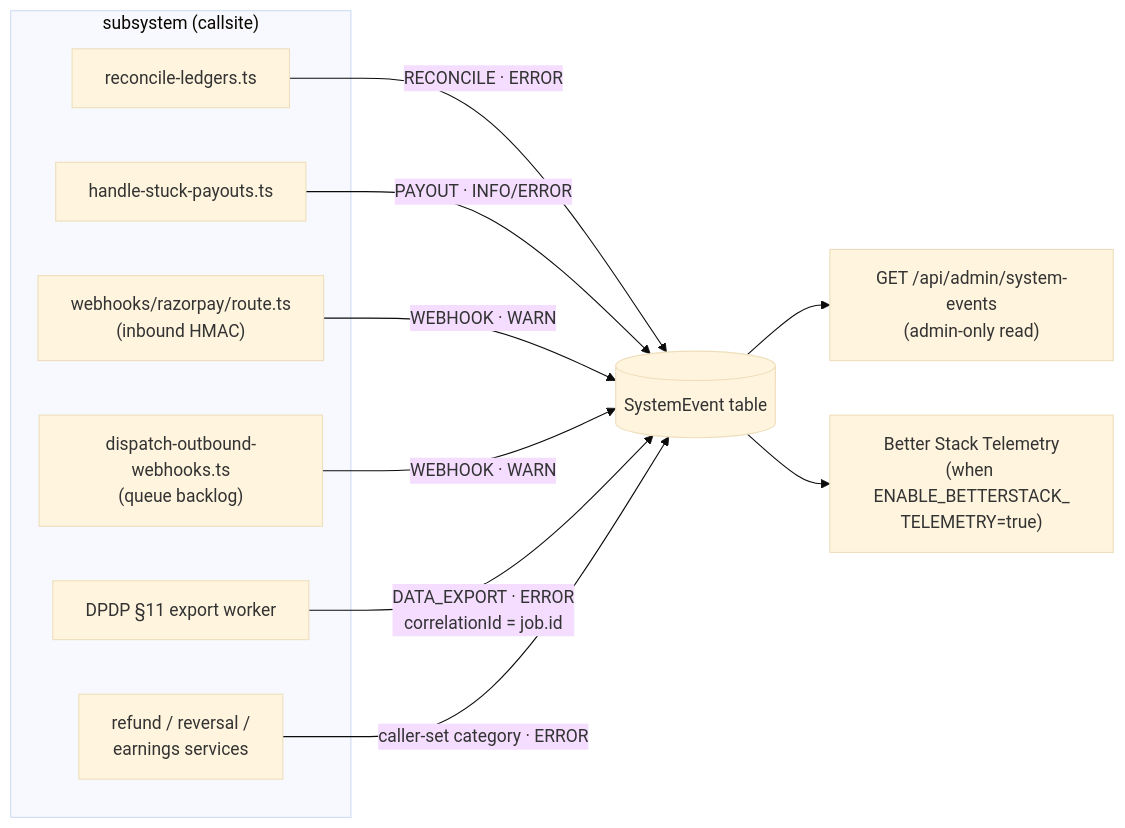
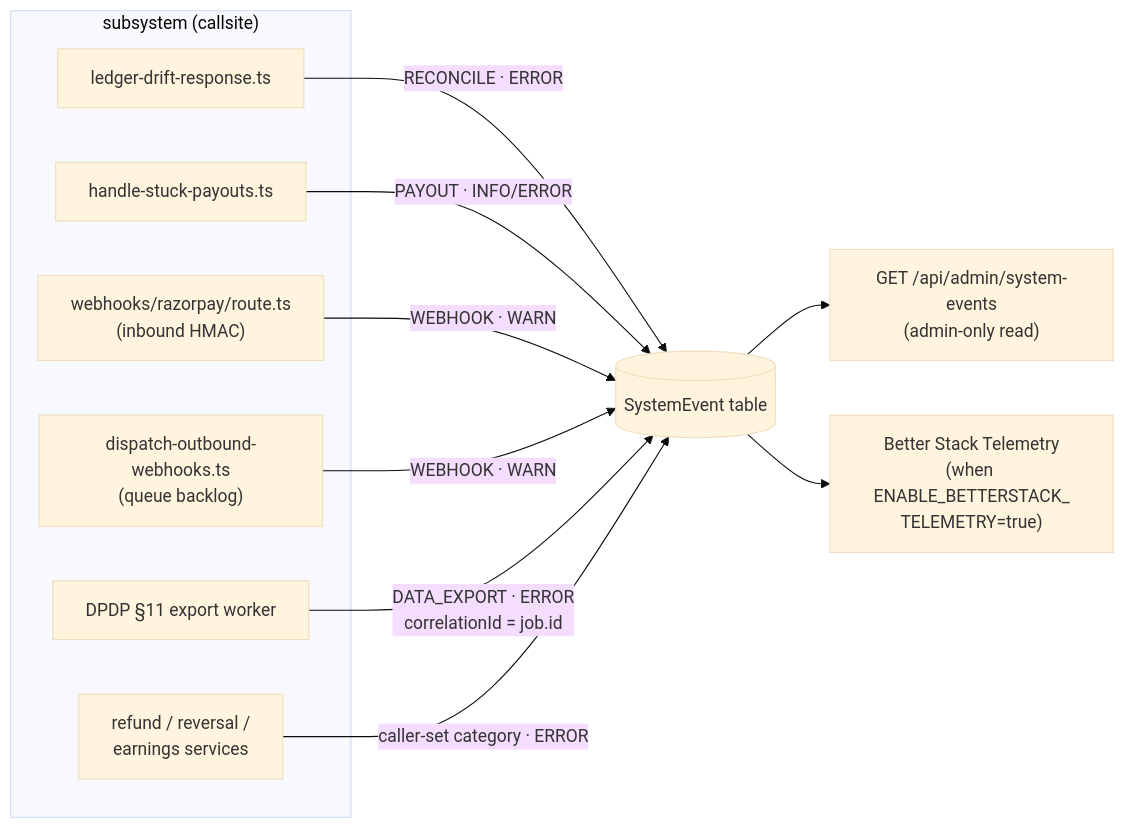
The diagram in docs/enterprise/50-operations/04-system-events.md (Practitionist/familiarise_web), drawn with Mermaid (base theme) before and after one commit. The commit also changed other lines of this file and 18 other files, not shown here.

First line of the commit message:
docs: point reconcile-ledgers, reconcile-disputes and tds-return-draft refs at the ticker

````diff
--- a/docs/enterprise/50-operations/04-system-events.md
+++ b/docs/enterprise/50-operations/04-system-events.md
@@ -353,20 +353,20 @@
 ```mermaid
 flowchart LR
   subgraph Emitters["subsystem (callsite)"]
-    R["reconcile-ledgers.ts"]
+    R["ledger-drift-response.ts"]
     P["handle-stuck-payouts.ts"]
     Wi["webhooks/razorpay/route.ts<br/>(inbound HMAC)"]
     Wo["dispatch-outbound-webhooks.ts<br/>(queue backlog)"]
     D["DPDP §11 export worker"]
     X["refund / reversal /<br/>earnings services"]
   end
   R -->|"RECONCILE · ERROR"| EV
   P -->|"PAYOUT · INFO/ERROR"| EV
   Wi -->|"WEBHOOK · WARN"| EV
   Wo -->|"WEBHOOK · WARN"| EV
   D -->|"DATA_EXPORT · ERROR<br/>correlationId = job.id"| EV
   X -->|"caller-set category · ERROR"| EV
   EV[("SystemEvent table")]
   EV --> API["GET /api/admin/system-events<br/>(admin-only read)"]
   EV --> SINK["Better Stack Telemetry<br/>(when ENABLE_BETTERSTACK_<br/>TELEMETRY=true)"]
 ```
````
